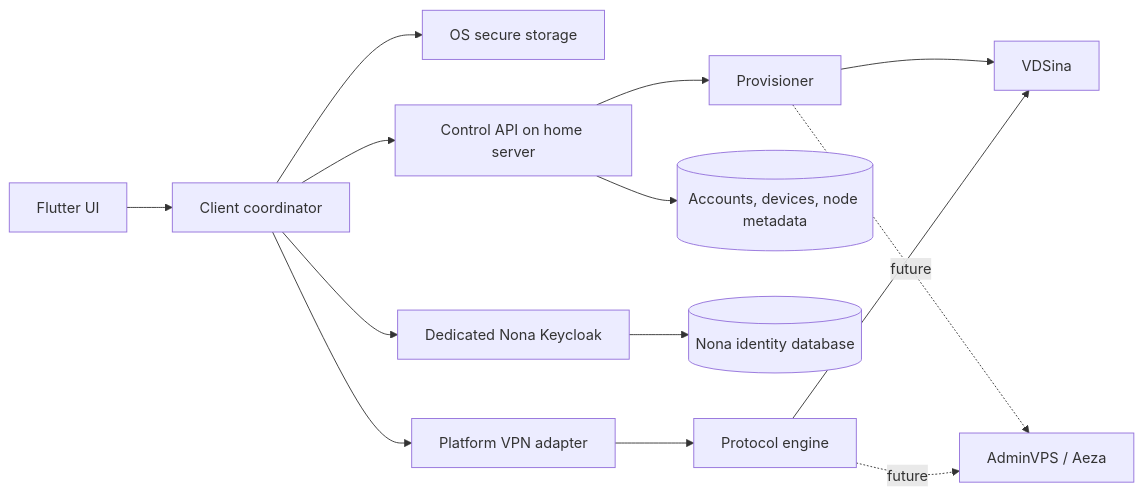
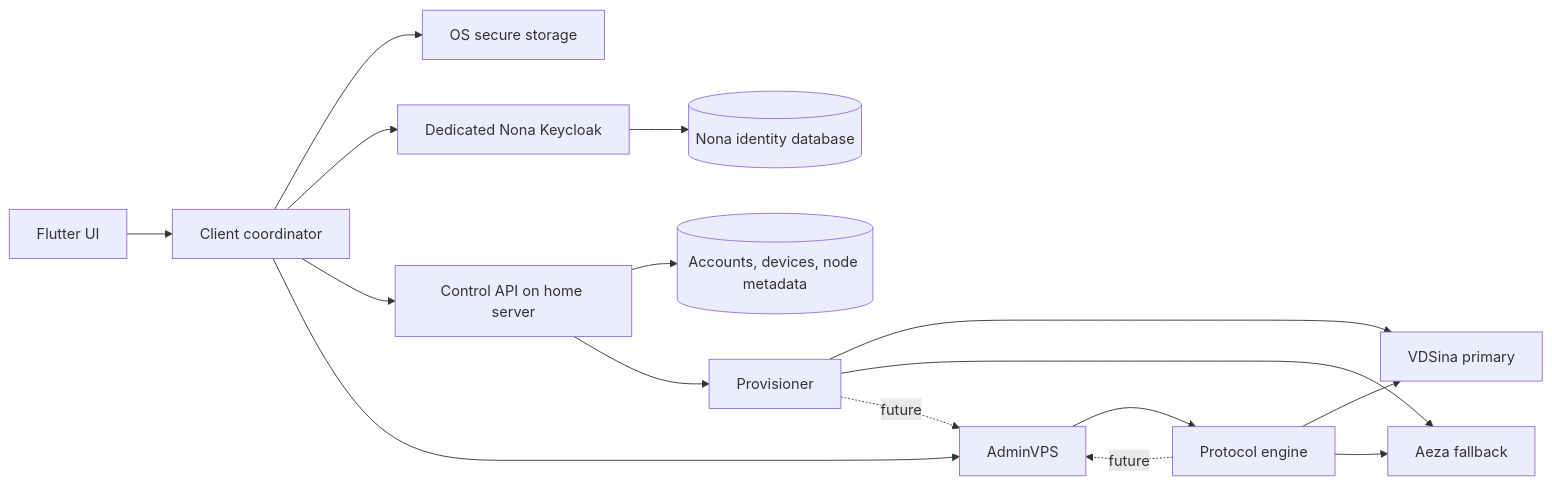
Before and after one commit to Rimon248/nona: the diagram in docs/architecture.md, drawn with Mermaid. The commit also changed other lines of this file and 13 other files, not shown here.

Commit message:
Add Aeza fallback and browser traffic checks

````diff
--- a/docs/architecture.md
+++ b/docs/architecture.md
@@ -7,16 +7,18 @@
 ```mermaid
 flowchart LR
   UI[Flutter UI] --> C[Client coordinator]
   C --> S[OS secure storage]
   C --> K[Dedicated Nona Keycloak]
   C --> API[Control API on home server]
   C --> A[Platform VPN adapter]
   A --> E[Protocol engine]
   API --> DB[(Accounts, devices, node metadata)]
   K --> IDB[(Nona identity database)]
   API --> P[Provisioner]
-  P --> V[VDSina]
-  P -. future .-> X[AdminVPS / Aeza]
+  P --> V[VDSina primary]
+  P --> X[Aeza fallback]
+  P -. future .-> A[AdminVPS]
   E --> V
-  E -. future .-> X
+  E --> X
+  E -. future .-> A
 ```
````
